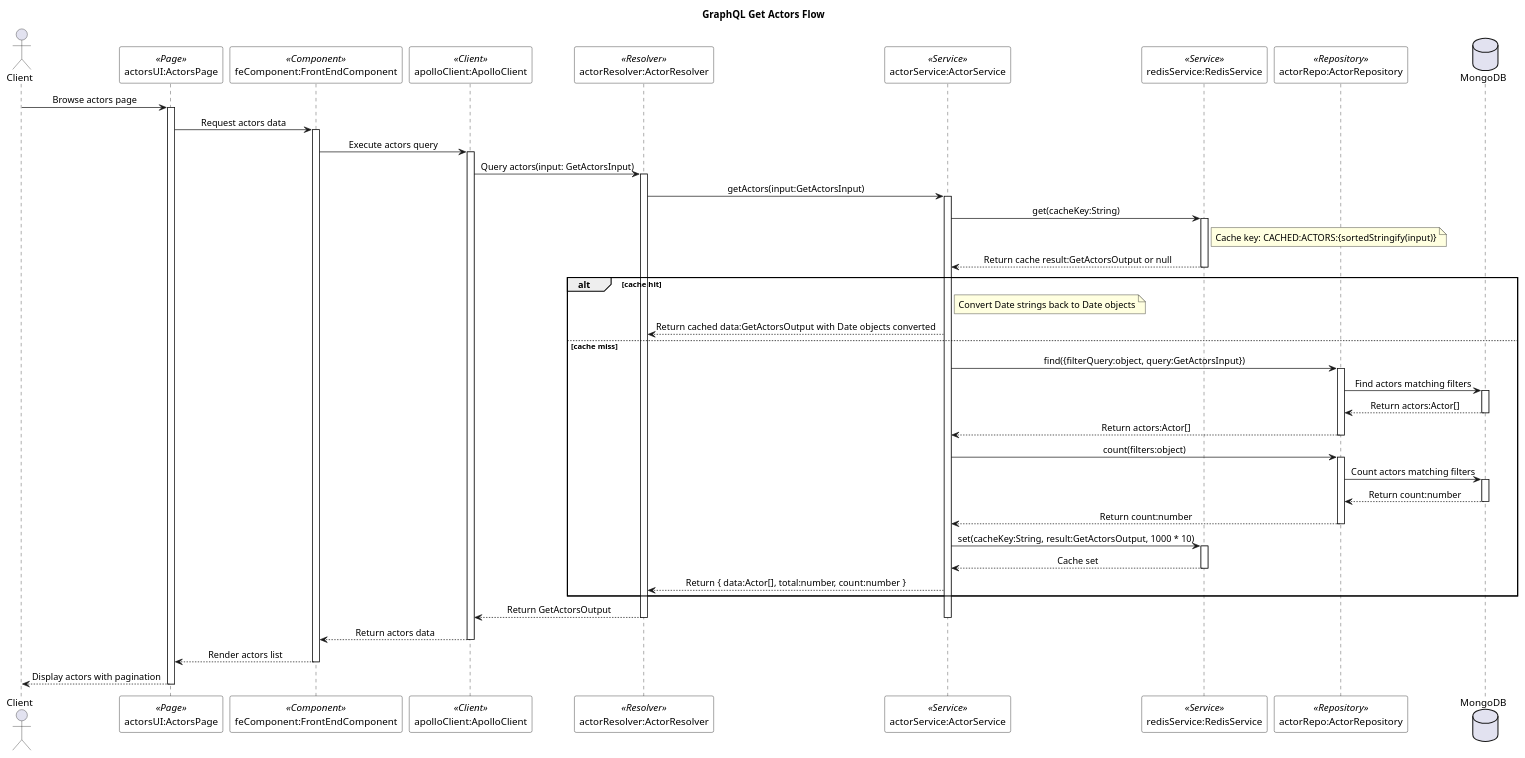
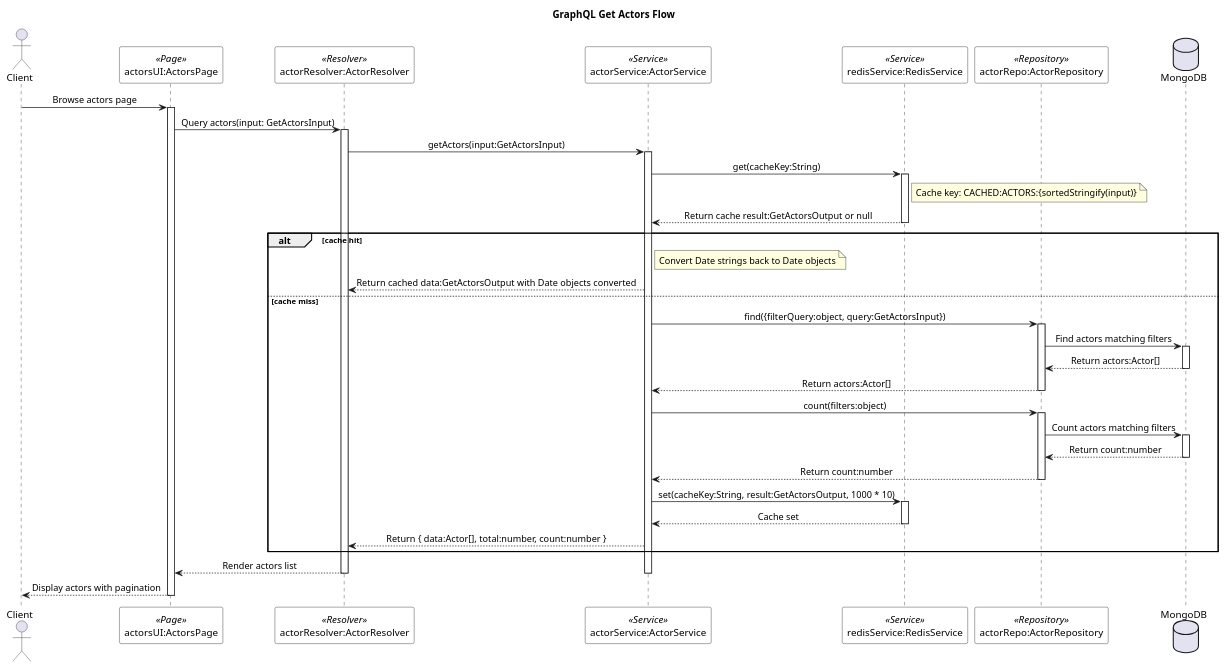
The diagram in documents/diagram/sequences/actors/graphql-get-actors.puml (lehuygiang28/vphim), drawn with PlantUML before and after one commit. The commit also changed 4 other files, not shown here.

First line of the commit message:
refactor(diagrams/sequences/actors): 🛠️ update sequence diagrams for actor flows

```diff
--- a/documents/diagram/sequences/actors/graphql-get-actors.puml
+++ b/documents/diagram/sequences/actors/graphql-get-actors.puml
@@ -1,85 +1,75 @@
 @startuml GraphQL Get Actors Flow
 
 skinparam SequenceMessageAlignment center
 skinparam SequenceBoxBackgroundColor white
 skinparam SequenceBoxBorderColor black
 skinparam NoteBackgroundColor lightyellow
 skinparam NoteBorderColor black
 skinparam ParticipantBackgroundColor white
 skinparam ParticipantBorderColor black
 
 title GraphQL Get Actors Flow
 
 actor "Client" as appClient
 participant "actorsUI:ActorsPage" as actorsUI <<Page>>
-participant "feComponent:FrontEndComponent" as feComponent <<Component>>
-participant "apolloClient:ApolloClient" as apolloClient <<Client>>
 participant "actorResolver:ActorResolver" as actorResolver <<Resolver>>
 participant "actorService:ActorService" as actorService <<Service>>
 participant "redisService:RedisService" as redisService <<Service>>
 participant "actorRepo:ActorRepository" as actorRepo <<Repository>>
 database "MongoDB" as mongoDB
 
 appClient -> actorsUI : Browse actors page
 activate actorsUI
-actorsUI -> feComponent : Request actors data
-activate feComponent
-feComponent -> apolloClient : Execute actors query
-activate apolloClient
-apolloClient -> actorResolver : Query actors(input: GetActorsInput)
+actorsUI -> actorResolver : Query actors(input: GetActorsInput)
 activate actorResolver
 
 actorResolver -> actorService : getActors(input:GetActorsInput)
 activate actorService
 
 actorService -> redisService : get(cacheKey:String)
 activate redisService
 note right of redisService
   Cache key: CACHED:ACTORS:{sortedStringify(input)}
 end note
 redisService --> actorService : Return cache result:GetActorsOutput or null
 deactivate redisService
 
 alt cache hit
     note right of actorService
       Convert Date strings back to Date objects
     end note
     actorService --> actorResolver : Return cached data:GetActorsOutput with Date objects converted
 else cache miss
     actorService -> actorRepo : find({filterQuery:object, query:GetActorsInput})
     activate actorRepo
     actorRepo -> mongoDB : Find actors matching filters
     activate mongoDB
     mongoDB --> actorRepo : Return actors:Actor[]
     deactivate mongoDB
     actorRepo --> actorService : Return actors:Actor[]
     deactivate actorRepo
 
     actorService -> actorRepo : count(filters:object)
     activate actorRepo
     actorRepo -> mongoDB : Count actors matching filters
     activate mongoDB
     mongoDB --> actorRepo : Return count:number
     deactivate mongoDB
     actorRepo --> actorService : Return count:number
     deactivate actorRepo
 
     actorService -> redisService : set(cacheKey:String, result:GetActorsOutput, 1000 * 10)
     activate redisService
     redisService --> actorService : Cache set
     deactivate redisService
 
     actorService --> actorResolver : Return { data:Actor[], total:number, count:number }
 end
 
-actorResolver --> apolloClient : Return GetActorsOutput
+actorResolver --> actorsUI : Render actors list
 deactivate actorService
 deactivate actorResolver
-apolloClient --> feComponent : Return actors data
-deactivate apolloClient
-feComponent --> actorsUI : Render actors list
-deactivate feComponent
 actorsUI --> appClient : Display actors with pagination
 deactivate actorsUI
 
 @enduml
```
